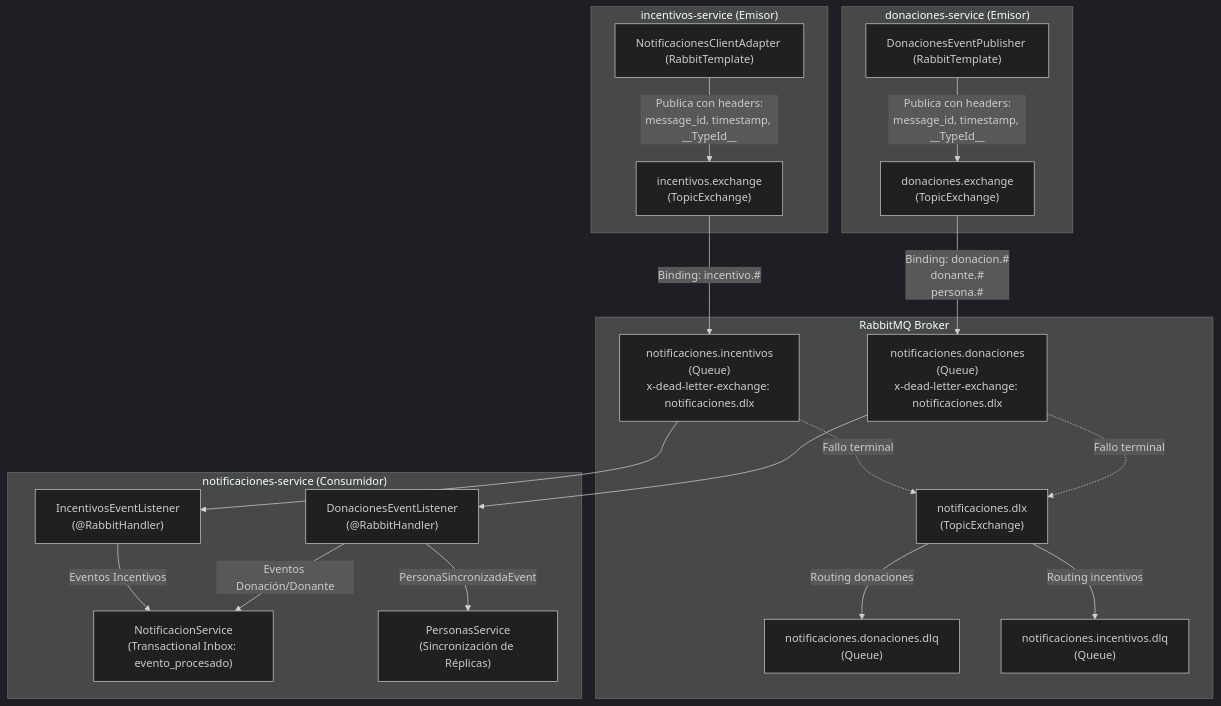
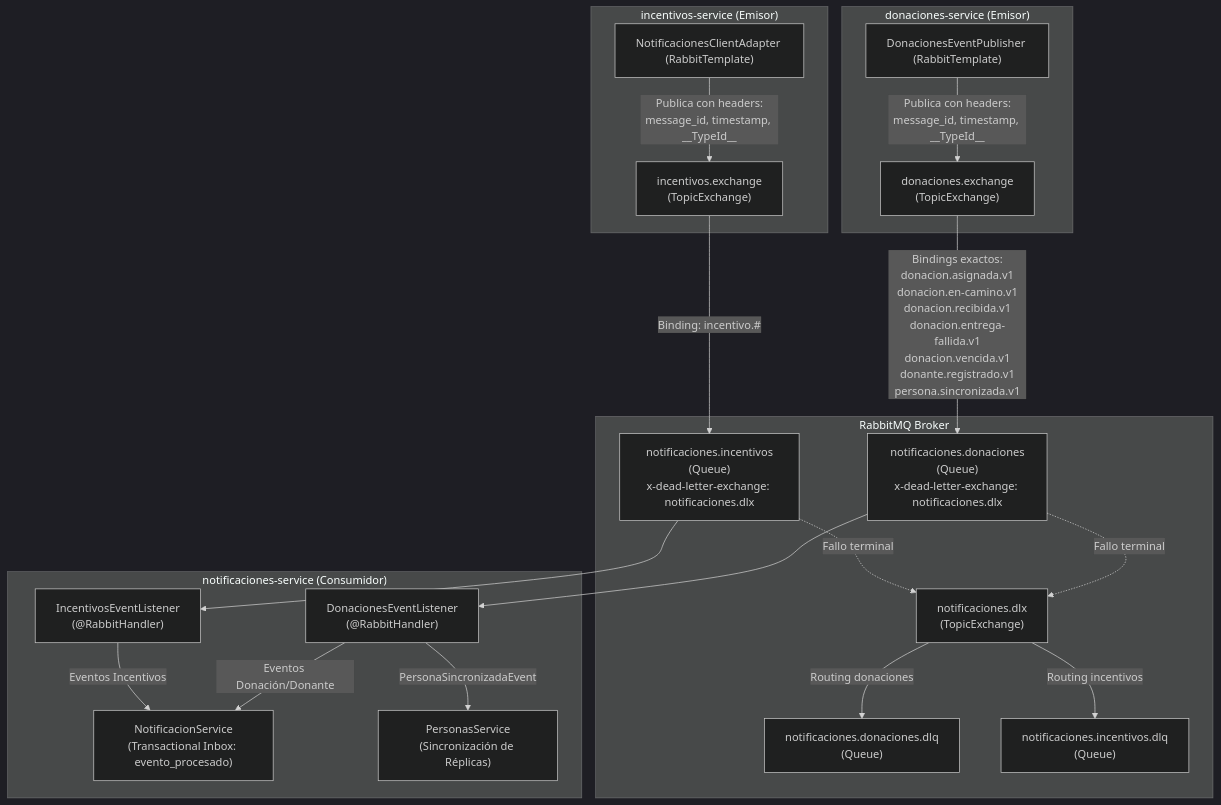
Before and after one commit to tsorren/DonaTrack-TP-DDS: the diagram in docs/specs/active/SPEC-03-topologia-amqp-y-desacoplamiento-notificaciones.md, drawn with Mermaid (dark theme). The commit also changed other lines of this file and 21 other files, not shown here.

First line of the commit message:
E4: credenciales de MinIO y RabbitMQ a .env, sin || true en preprod-stay y diagramas con bindings exactos

````diff
--- a/docs/specs/active/SPEC-03-topologia-amqp-y-desacoplamiento-notificaciones.md
+++ b/docs/specs/active/SPEC-03-topologia-amqp-y-desacoplamiento-notificaciones.md
@@ -155,42 +155,42 @@
 ```mermaid
 flowchart TD
     subgraph EmisorDonaciones["donaciones-service (Emisor)"]
         D_PUB["DonacionesEventPublisher (RabbitTemplate)"]
         D_EX["donaciones.exchange\n(TopicExchange)"]
         D_PUB -->|Publica con headers:\nmessage_id, timestamp, __TypeId__| D_EX
     end
 
     subgraph EmisorIncentivos["incentivos-service (Emisor)"]
         I_PUB["NotificacionesClientAdapter (RabbitTemplate)"]
         I_EX["incentivos.exchange\n(TopicExchange)"]
         I_PUB -->|Publica con headers:\nmessage_id, timestamp, __TypeId__| I_EX
     end
 
     subgraph BrokerRabbitMQ["RabbitMQ Broker"]
         Q_DON["notificaciones.donaciones\n(Queue)\nx-dead-letter-exchange: notificaciones.dlx"]
         Q_INC["notificaciones.incentivos\n(Queue)\nx-dead-letter-exchange: notificaciones.dlx"]
         DLX["notificaciones.dlx\n(TopicExchange)"]
         DLQ_DON["notificaciones.donaciones.dlq\n(Queue)"]
         DLQ_INC["notificaciones.incentivos.dlq\n(Queue)"]
 
-        D_EX -->|Binding: donacion.#\ndonante.#\npersona.#| Q_DON
+        D_EX -->|Bindings exactos:\ndonacion.asignada.v1\ndonacion.en-camino.v1\ndonacion.recibida.v1\ndonacion.entrega-fallida.v1\ndonacion.vencida.v1\ndonante.registrado.v1\npersona.sincronizada.v1| Q_DON
         I_EX -->|Binding: incentivo.#| Q_INC
         Q_DON -.->|Fallo terminal| DLX
         Q_INC -.->|Fallo terminal| DLX
         DLX -->|Routing donaciones| DLQ_DON
         DLX -->|Routing incentivos| DLQ_INC
     end
 
     subgraph ConsumidorNotificaciones["notificaciones-service (Consumidor)"]
         L_DON["DonacionesEventListener\n(@RabbitHandler)"]
         L_INC["IncentivosEventListener\n(@RabbitHandler)"]
         INBOX["NotificacionService\n(Transactional Inbox: evento_procesado)"]
         SYNC_P["PersonasService\n(Sincronización de Réplicas)"]
 
         Q_DON --> L_DON
         Q_INC --> L_INC
         L_DON -->|Eventos Donación/Donante| INBOX
         L_DON -->|PersonaSincronizadaEvent| SYNC_P
         L_INC -->|Eventos Incentivos| INBOX
     end
 ```
````
